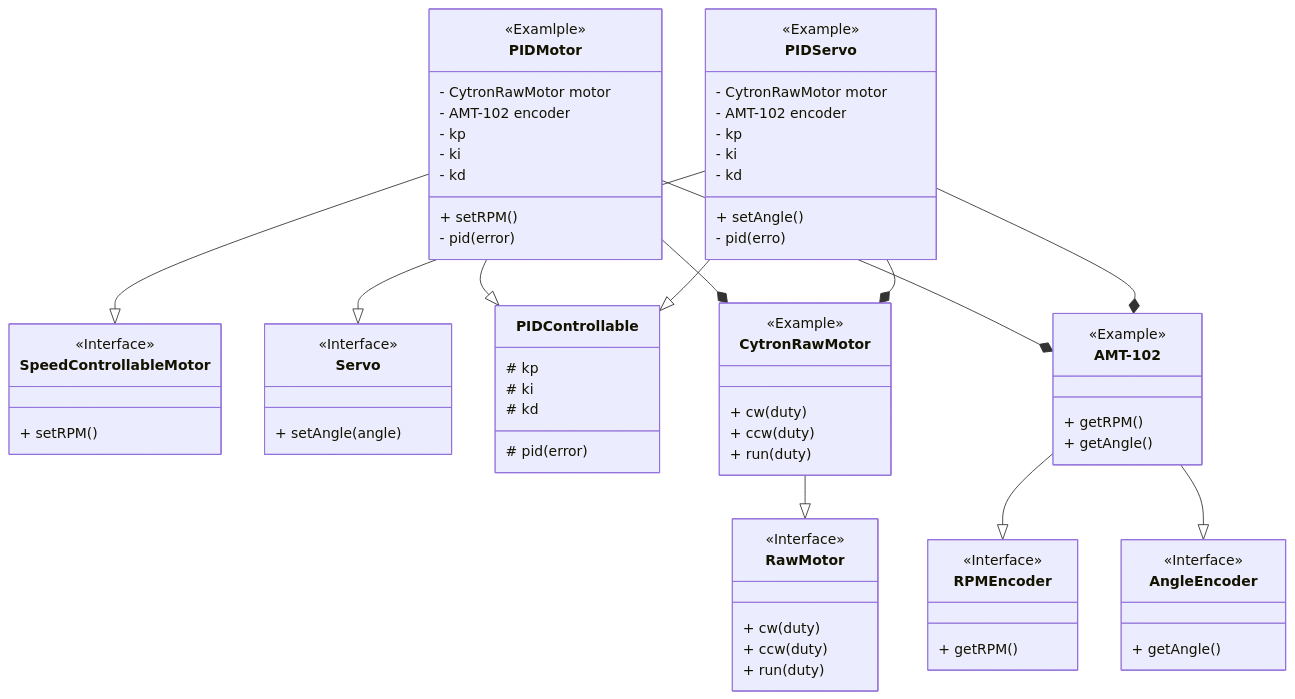
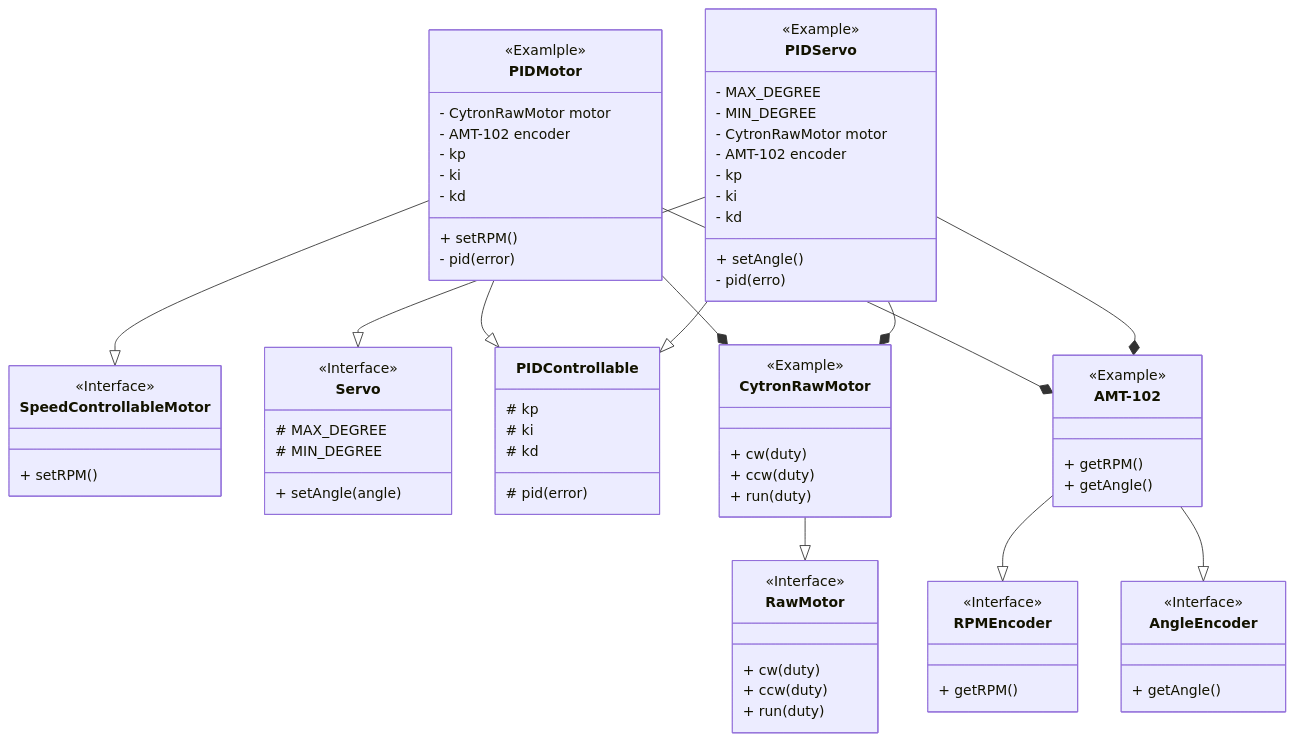
Before and after one commit to NiiRoboKen/NNCT-interfaces: the diagram in docs/design.md, drawn with Mermaid.

Commit message:
docs: about servo's limit angle

```diff
--- a/docs/design.md
+++ b/docs/design.md
@@ -19,6 +19,8 @@
 
 class Servo {
     <<Interface>>
+    # MAX_DEGREE
+    # MIN_DEGREE
     + setAngle(angle)
 }
 
@@ -64,6 +66,8 @@
 
 class PIDServo {
     <<Example>>
+    - MAX_DEGREE
+    - MIN_DEGREE
     - CytronRawMotor motor
     - AMT-102 encoder
     - kp
```
